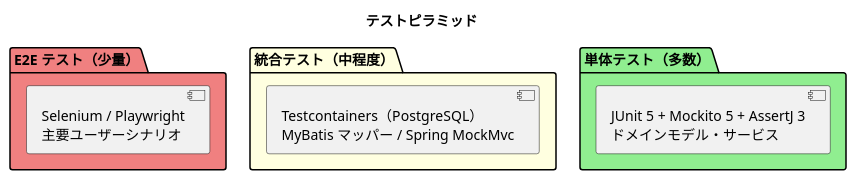
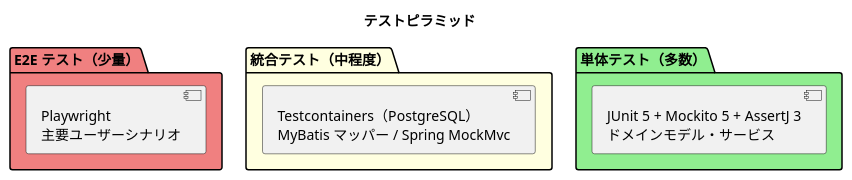
Before and after one commit to k2works/case-study-cargo-tracker: the seventh of 7 diagrams in docs/design/architecture_backend.md, drawn with PlantUML. The commit also changed other lines of this file and 6 other files, not shown here.

````diff
--- a/docs/design/architecture_backend.md
+++ b/docs/design/architecture_backend.md
@@ -565,18 +635,18 @@
 ```plantuml
 @startuml
 title テストピラミッド
 
 package "E2E テスト（少量）" #LightCoral {
-  [Selenium / Playwright\n主要ユーザーシナリオ] as e2e
+  [Playwright\n主要ユーザーシナリオ] as e2e
 }
 
 package "統合テスト（中程度）" #LightYellow {
   [Testcontainers（PostgreSQL）\nMyBatis マッパー / Spring MockMvc] as integration
 }
 
 package "単体テスト（多数）" #LightGreen {
   [JUnit 5 + Mockito 5 + AssertJ 3\nドメインモデル・サービス] as unit
 }
 
 @enduml
 ```
````
